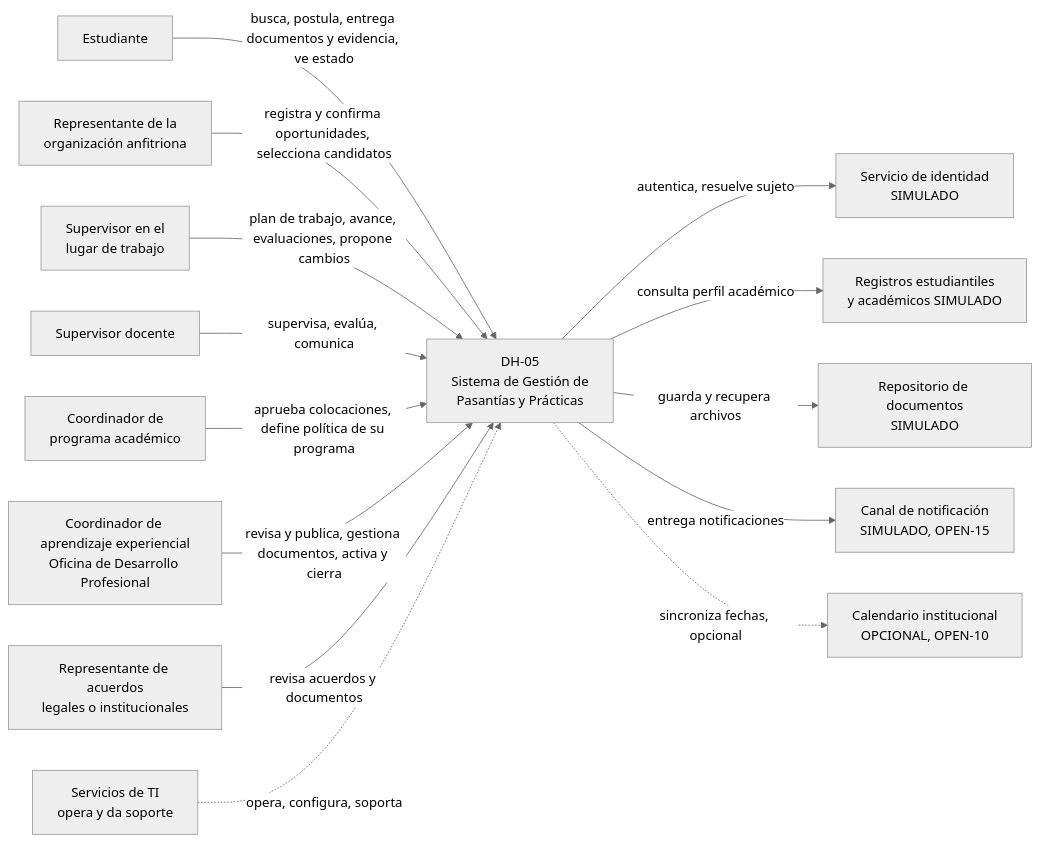
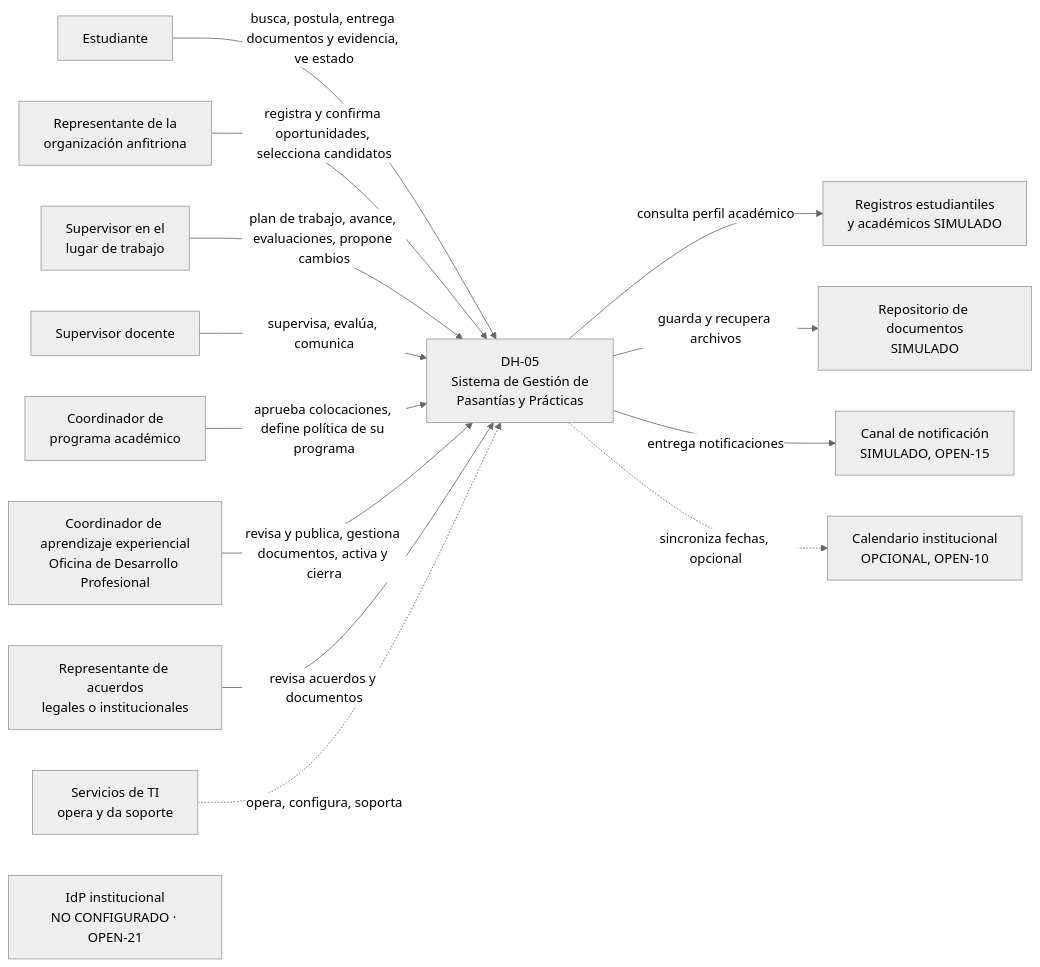
The diagram in docs/evaluation-2/views/V-CTX-context.md (maxtrosy/internship-lifecycle-platform), drawn with Mermaid (neutral theme) before and after one commit. The commit also changed other lines of this file and 72 other files, not shown here.

````diff
--- a/docs/evaluation-2/views/V-CTX-context.md
+++ b/docs/evaluation-2/views/V-CTX-context.md
@@ -10,34 +10,33 @@
 ```mermaid
 flowchart LR
   STU["Estudiante"]
   HOST["Representante de la<br/>organización anfitriona"]
   WSUP["Supervisor en el<br/>lugar de trabajo"]
   FSUP["Supervisor docente"]
   PC["Coordinador de<br/>programa académico"]
   ELC["Coordinador de aprendizaje experiencial<br/>Oficina de Desarrollo Profesional"]
   LEG["Representante de acuerdos<br/>legales o institucionales"]
   ITS["Servicios de TI<br/>opera y da soporte"]
 
   SYS["DH-05<br/>Sistema de Gestión de<br/>Pasantías y Prácticas"]
 
-  IDP["Servicio de identidad<br/>SIMULADO"]
+  IDP["IdP institucional<br/>NO CONFIGURADO · OPEN-21"]
   SREC["Registros estudiantiles<br/>y académicos SIMULADO"]
   DOCR["Repositorio de documentos<br/>SIMULADO"]
   NTF["Canal de notificación<br/>SIMULADO, OPEN-15"]
   CAL["Calendario institucional<br/>OPCIONAL, OPEN-10"]
 
   STU -->|"busca, postula, entrega documentos y evidencia, ve estado"| SYS
   HOST -->|"registra y confirma oportunidades, selecciona candidatos"| SYS
   WSUP -->|"plan de trabajo, avance, evaluaciones, propone cambios"| SYS
   FSUP -->|"supervisa, evalúa, comunica"| SYS
   PC -->|"aprueba colocaciones, define política de su programa"| SYS
   ELC -->|"revisa y publica, gestiona documentos, activa y cierra"| SYS
   LEG -->|"revisa acuerdos y documentos"| SYS
   ITS -.->|"opera, configura, soporta"| SYS
 
-  SYS -->|"autentica, resuelve sujeto"| IDP
   SYS -->|"consulta perfil académico"| SREC
   SYS -->|"guarda y recupera archivos"| DOCR
   SYS -->|"entrega notificaciones"| NTF
   SYS -.->|"sincroniza fechas, opcional"| CAL
 ```
````
